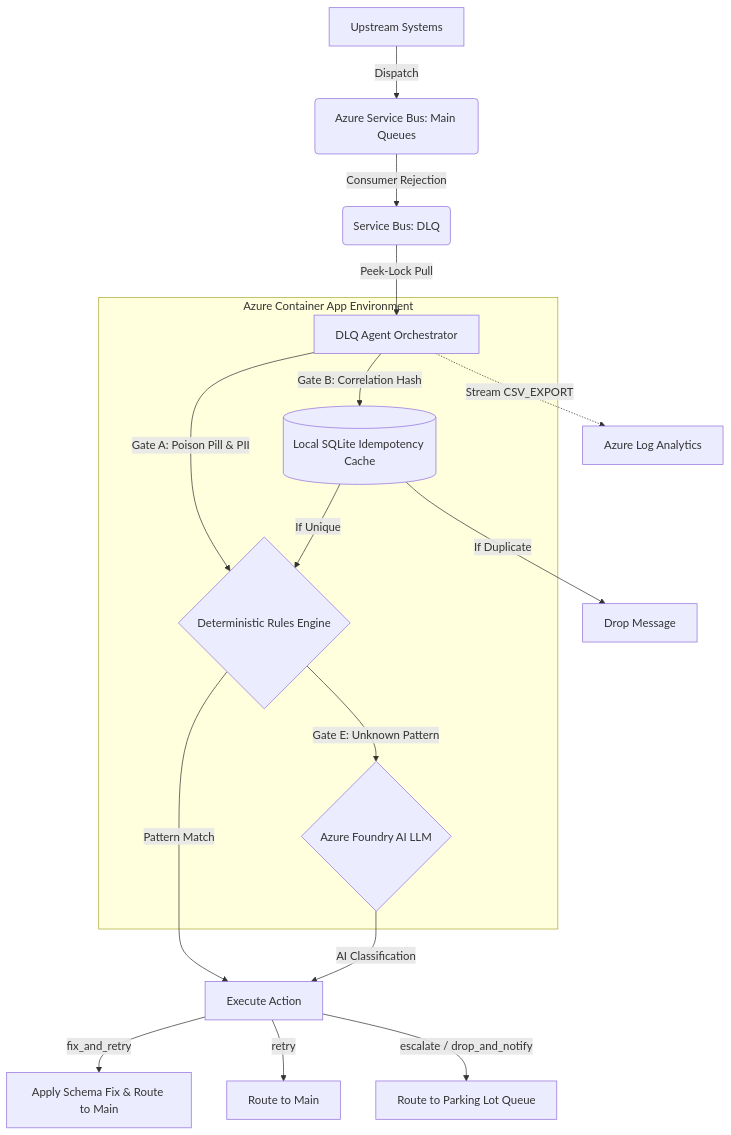
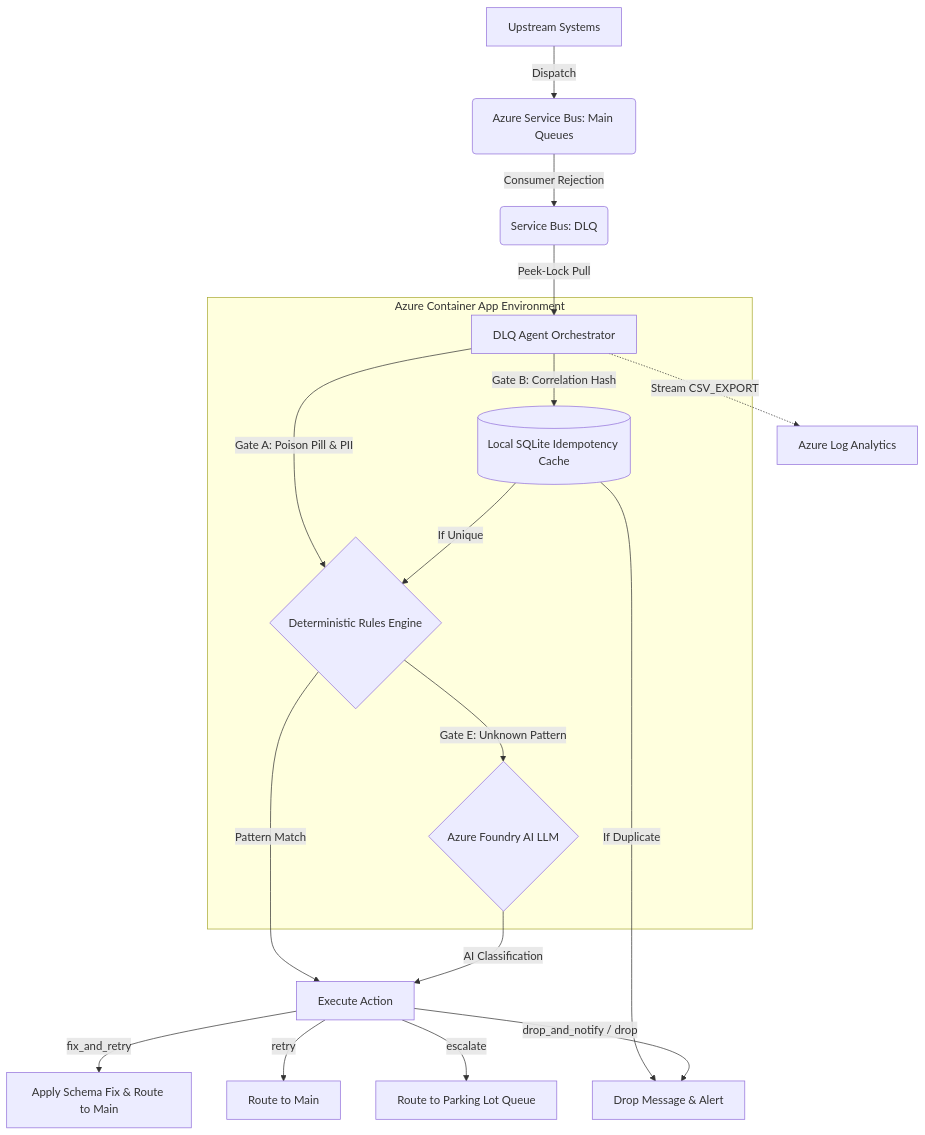
One commit to SC3-Consulting/dlq-msg-router changed the diagram in README.md. Above: the diagram before and after it, drawn with Mermaid. The commit also changed other lines of this file and 2 other files, not shown here.

````diff
--- a/README.md
+++ b/README.md
@@ -70,29 +80,30 @@
 ```mermaid
 graph TD
     A[Upstream Systems] -->|Dispatch| B(Azure Service Bus: Main Queues)
     B -->|Consumer Rejection| C(Service Bus: DLQ)
     
     subgraph Azure Container App Environment
     D[DLQ Agent Orchestrator]
     E[(Local SQLite Idempotency Cache)]
     F{Deterministic Rules Engine}
     G{Azure Foundry AI LLM}
     end
 
     C -->|Peek-Lock Pull| D
     D -->|Gate A: Poison Pill & PII| F
     D -->|Gate B: Correlation Hash| E
-    E -->|If Duplicate| H[Drop Message]
+    E -->|If Duplicate| H[Drop Message & Alert]
     E -->|If Unique| F
     
     F -->|Pattern Match| I[Execute Action]
     F -->|Gate E: Unknown Pattern| G
     G -->|AI Classification| I
     
     I -->|fix_and_retry| J[Apply Schema Fix & Route to Main]
     I -->|retry| K[Route to Main]
-    I -->|escalate / drop_and_notify| L[Route to Parking Lot Queue]
+    I -->|escalate| L[Route to Parking Lot Queue]
+    I -->|drop_and_notify / drop| H
     
     D -.->|Stream CSV_EXPORT| M[Azure Log Analytics]
 
 ```
````
